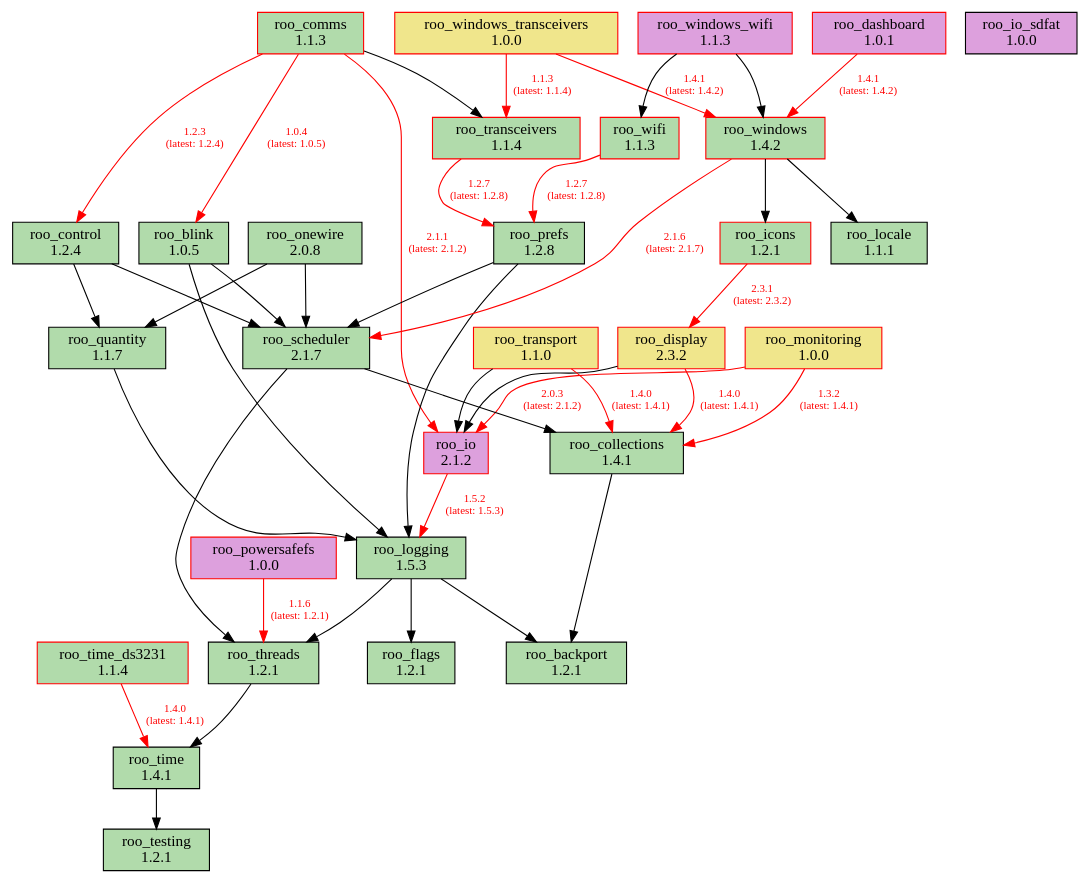
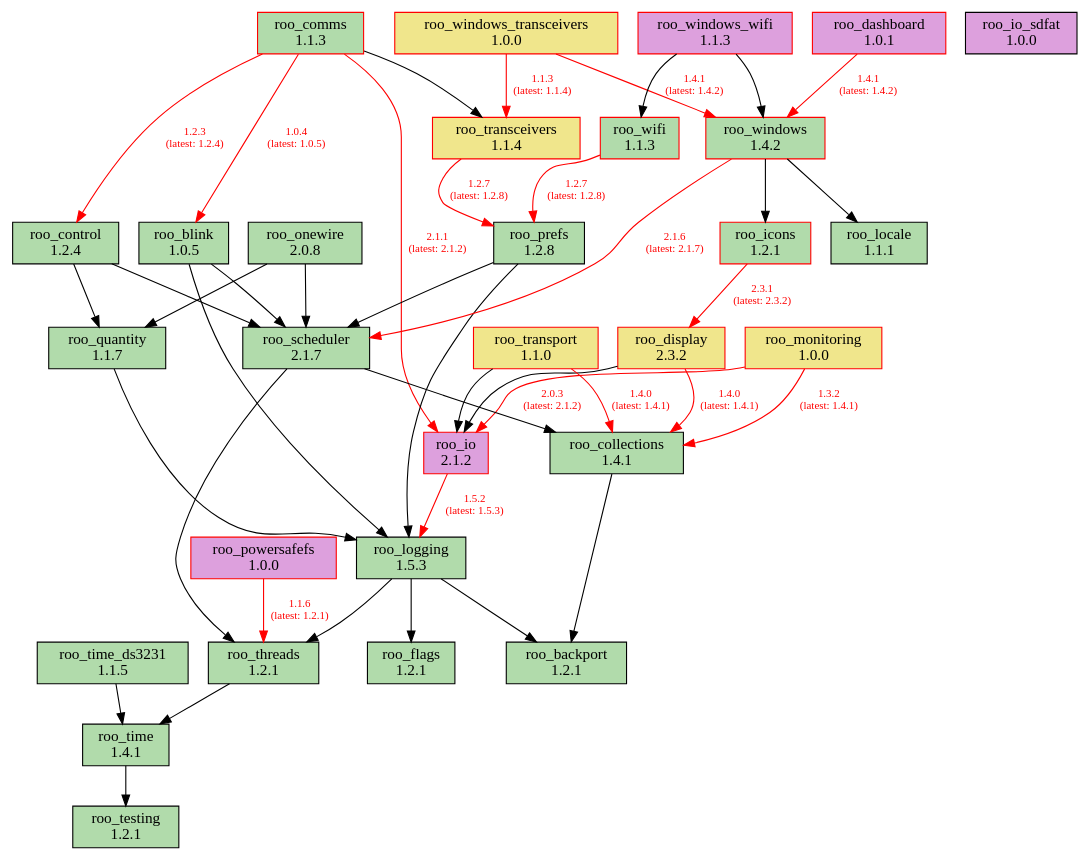
The diagram in doc/dependencies.dot (dejwk/roo-registry), drawn with Graphviz before and after one commit. The commit also changed 3 other files, not shown here.

Commit message:
Added roo_time_ds3231 1.1.5 to the registry.

```diff
--- a/doc/dependencies.dot
+++ b/doc/dependencies.dot
@@ -1,79 +1,79 @@
 digraph dependencies {
     rankdir=TB;
     node [shape=box, style=filled];
     edge [fontsize=10];
 
     // Modules
     "roo_backport" [label="roo_backport\n1.2.1", fillcolor="#b1dbab", color="black"];
     "roo_blink" [label="roo_blink\n1.0.5", fillcolor="#b1dbab", color="black"];
     "roo_collections" [label="roo_collections\n1.4.1", fillcolor="#b1dbab", color="black"];
     "roo_comms" [label="roo_comms\n1.1.3", fillcolor="#b1dbab", color="red"];
     "roo_control" [label="roo_control\n1.2.4", fillcolor="#b1dbab", color="black"];
     "roo_dashboard" [label="roo_dashboard\n1.0.1", fillcolor="plum", color="red"];
     "roo_display" [label="roo_display\n2.3.2", fillcolor="khaki", color="red"];
     "roo_flags" [label="roo_flags\n1.2.1", fillcolor="#b1dbab", color="black"];
     "roo_icons" [label="roo_icons\n1.2.1", fillcolor="#b1dbab", color="red"];
     "roo_io" [label="roo_io\n2.1.2", fillcolor="plum", color="red"];
     "roo_io_sdfat" [label="roo_io_sdfat\n1.0.0", fillcolor="plum", color="black"];
     "roo_locale" [label="roo_locale\n1.1.1", fillcolor="#b1dbab", color="black"];
     "roo_logging" [label="roo_logging\n1.5.3", fillcolor="#b1dbab", color="black"];
     "roo_monitoring" [label="roo_monitoring\n1.0.0", fillcolor="khaki", color="red"];
     "roo_onewire" [label="roo_onewire\n2.0.8", fillcolor="#b1dbab", color="black"];
     "roo_powersafefs" [label="roo_powersafefs\n1.0.0", fillcolor="plum", color="red"];
     "roo_prefs" [label="roo_prefs\n1.2.8", fillcolor="#b1dbab", color="black"];
     "roo_quantity" [label="roo_quantity\n1.1.7", fillcolor="#b1dbab", color="black"];
     "roo_scheduler" [label="roo_scheduler\n2.1.7", fillcolor="#b1dbab", color="black"];
     "roo_testing" [label="roo_testing\n1.2.1", fillcolor="#b1dbab", color="black"];
     "roo_threads" [label="roo_threads\n1.2.1", fillcolor="#b1dbab", color="black"];
     "roo_time" [label="roo_time\n1.4.1", fillcolor="#b1dbab", color="black"];
-    "roo_time_ds3231" [label="roo_time_ds3231\n1.1.4", fillcolor="#b1dbab", color="red"];
-    "roo_transceivers" [label="roo_transceivers\n1.1.4", fillcolor="#b1dbab", color="red"];
+    "roo_time_ds3231" [label="roo_time_ds3231\n1.1.5", fillcolor="#b1dbab", color="black"];
+    "roo_transceivers" [label="roo_transceivers\n1.1.4", fillcolor="khaki", color="red"];
     "roo_transport" [label="roo_transport\n1.1.0", fillcolor="khaki", color="red"];
     "roo_wifi" [label="roo_wifi\n1.1.3", fillcolor="#b1dbab", color="red"];
     "roo_windows" [label="roo_windows\n1.4.2", fillcolor="#b1dbab", color="red"];
     "roo_windows_transceivers" [label="roo_windows_transceivers\n1.0.0", fillcolor="khaki", color="red"];
     "roo_windows_wifi" [label="roo_windows_wifi\n1.1.3", fillcolor="plum", color="red"];
 
     // Dependencies
     "roo_blink" -> "roo_logging";
     "roo_blink" -> "roo_scheduler";
     "roo_collections" -> "roo_backport";
     "roo_comms" -> "roo_blink" [color=red, fontcolor=red, label="1.0.4\n(latest: 1.0.5)"];
     "roo_comms" -> "roo_control" [color=red, fontcolor=red, label="1.2.3\n(latest: 1.2.4)"];
     "roo_comms" -> "roo_io" [color=red, fontcolor=red, label="2.1.1\n(latest: 2.1.2)"];
     "roo_comms" -> "roo_transceivers";
     "roo_control" -> "roo_quantity";
     "roo_control" -> "roo_scheduler";
     "roo_dashboard" -> "roo_windows" [color=red, fontcolor=red, label="1.4.1\n(latest: 1.4.2)"];
     "roo_display" -> "roo_collections" [color=red, fontcolor=red, label="1.4.0\n(latest: 1.4.1)"];
     "roo_display" -> "roo_io";
     "roo_icons" -> "roo_display" [color=red, fontcolor=red, label="2.3.1\n(latest: 2.3.2)"];
     "roo_io" -> "roo_logging" [color=red, fontcolor=red, label="1.5.2\n(latest: 1.5.3)"];
     "roo_logging" -> "roo_backport";
     "roo_logging" -> "roo_flags";
     "roo_logging" -> "roo_threads";
     "roo_monitoring" -> "roo_collections" [color=red, fontcolor=red, label="1.3.2\n(latest: 1.4.1)"];
     "roo_monitoring" -> "roo_io" [color=red, fontcolor=red, label="2.0.3\n(latest: 2.1.2)"];
     "roo_onewire" -> "roo_scheduler";
     "roo_onewire" -> "roo_quantity";
     "roo_powersafefs" -> "roo_threads" [color=red, fontcolor=red, label="1.1.6\n(latest: 1.2.1)"];
     "roo_prefs" -> "roo_logging";
     "roo_prefs" -> "roo_scheduler";
     "roo_quantity" -> "roo_logging";
     "roo_scheduler" -> "roo_collections";
     "roo_scheduler" -> "roo_threads";
     "roo_threads" -> "roo_time";
     "roo_time" -> "roo_testing";
-    "roo_time_ds3231" -> "roo_time" [color=red, fontcolor=red, label="1.4.0\n(latest: 1.4.1)"];
+    "roo_time_ds3231" -> "roo_time";
     "roo_transceivers" -> "roo_prefs" [color=red, fontcolor=red, label="1.2.7\n(latest: 1.2.8)"];
     "roo_transport" -> "roo_collections" [color=red, fontcolor=red, label="1.4.0\n(latest: 1.4.1)"];
     "roo_transport" -> "roo_io";
     "roo_wifi" -> "roo_prefs" [color=red, fontcolor=red, label="1.2.7\n(latest: 1.2.8)"];
     "roo_windows" -> "roo_locale";
     "roo_windows" -> "roo_icons";
     "roo_windows" -> "roo_scheduler" [color=red, fontcolor=red, label="2.1.6\n(latest: 2.1.7)"];
     "roo_windows_transceivers" -> "roo_transceivers" [color=red, fontcolor=red, label="1.1.3\n(latest: 1.1.4)"];
     "roo_windows_transceivers" -> "roo_windows" [color=red, fontcolor=red, label="1.4.1\n(latest: 1.4.2)"];
     "roo_windows_wifi" -> "roo_wifi";
     "roo_windows_wifi" -> "roo_windows";
 }
```
